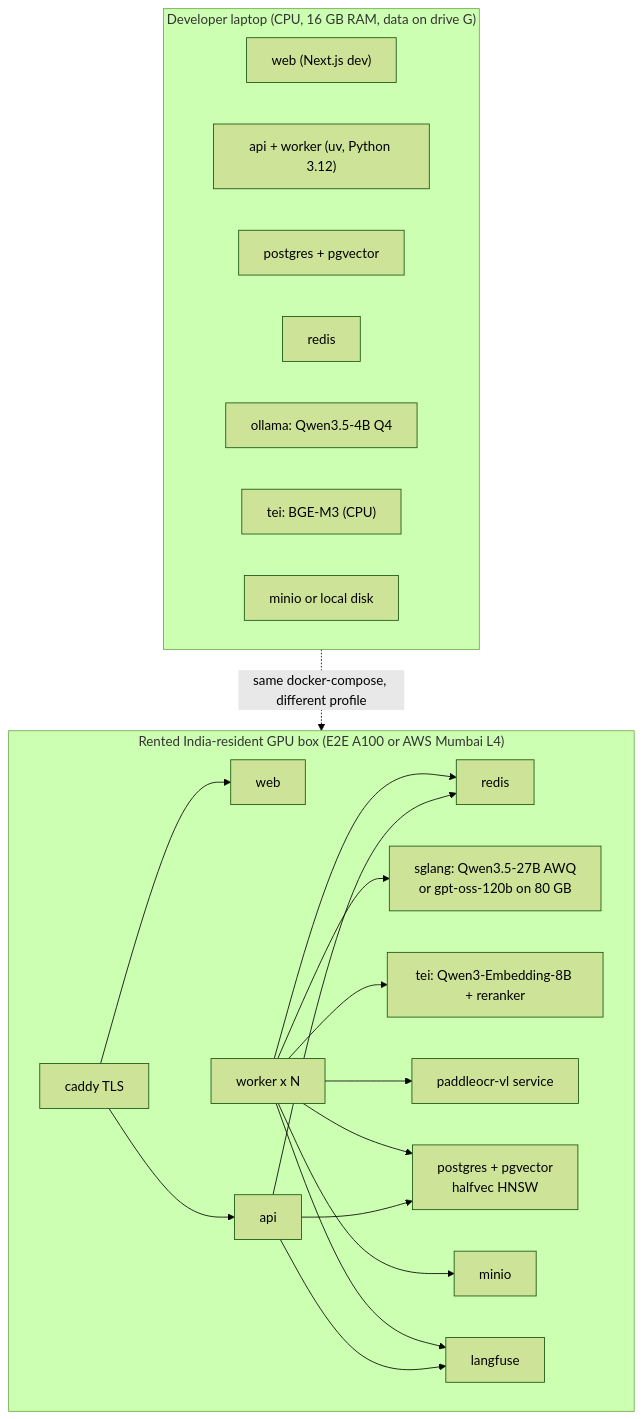
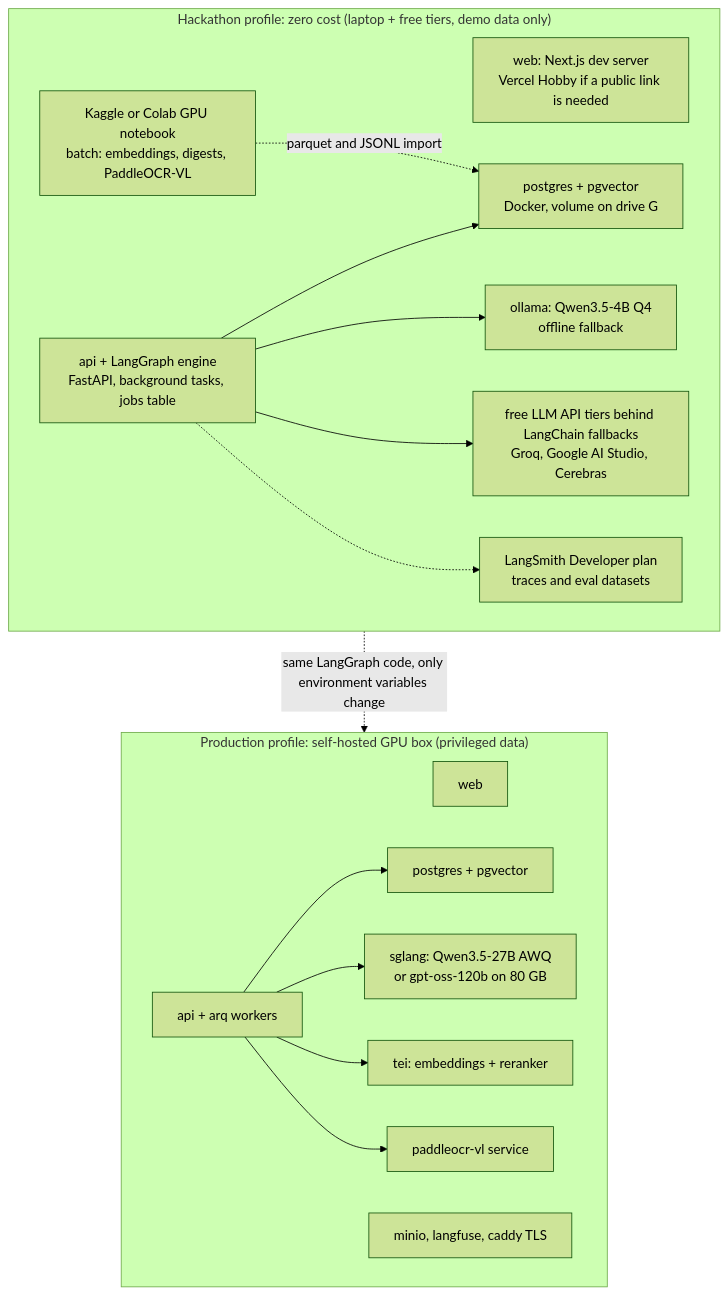
One commit to INSANE0777/order-order changed the ninth of 9 diagrams in docs/ARCHITECTURE.md. Above: the diagram before and after it, drawn with Mermaid (forest theme). The commit also changed other lines of this file and 4 other files, not shown here.

````diff
--- a/docs/ARCHITECTURE.md
+++ b/docs/ARCHITECTURE.md
@@ -679,38 +703,31 @@
 ```mermaid
 flowchart TB
-    subgraph dev["Developer laptop (CPU, 16 GB RAM, data on drive G)"]
-        d1["web (Next.js dev)"]
-        d2["api + worker (uv, Python 3.12)"]
-        d3["postgres + pgvector"]
-        d4["redis"]
-        d5["ollama: Qwen3.5-4B Q4"]
-        d6["tei: BGE-M3 (CPU)"]
-        d7["minio or local disk"]
+    subgraph free["Hackathon profile: zero cost (laptop + free tiers, demo data only)"]
+        f1["web: Next.js dev server<br/>Vercel Hobby if a public link is needed"]
+        f2["api + LangGraph engine<br/>FastAPI, background tasks, jobs table"]
+        f3["postgres + pgvector<br/>Docker, volume on drive G"]
+        f4["ollama: Qwen3.5-4B Q4<br/>offline fallback"]
+        f5["free LLM API tiers behind LangChain fallbacks<br/>Groq, Google AI Studio, Cerebras"]
+        f6["Kaggle or Colab GPU notebook<br/>batch: embeddings, digests, PaddleOCR-VL"]
+        f7["LangSmith Developer plan<br/>traces and eval datasets"]
     end
-    subgraph prod["Rented India-resident GPU box (E2E A100 or AWS Mumbai L4)"]
+    subgraph prod["Production profile: self-hosted GPU box (privileged data)"]
         p1["web"]
-        p2["api"]
-        p3["worker x N"]
-        p4["postgres + pgvector<br/>halfvec HNSW"]
-        p5["redis"]
-        p6["sglang: Qwen3.5-27B AWQ<br/>or gpt-oss-120b on 80 GB"]
-        p7["tei: Qwen3-Embedding-8B + reranker"]
-        p8["paddleocr-vl service"]
-        p9["minio"]
-        p10["langfuse"]
-        p11["caddy TLS"]
+        p2["api + arq workers"]
+        p3["postgres + pgvector"]
+        p4["sglang: Qwen3.5-27B AWQ<br/>or gpt-oss-120b on 80 GB"]
+        p5["tei: embeddings + reranker"]
+        p6["paddleocr-vl service"]
+        p7["minio, langfuse, caddy TLS"]
     end
-    dev -. "same docker-compose, different profile" .-> prod
-    p11 --> p1
-    p11 --> p2
+    free -. "same LangGraph code, only environment variables change" .-> prod
+    f2 --> f3
+    f2 --> f4
+    f2 --> f5
+    f2 -.-> f7
+    f6 -. "parquet and JSONL import" .-> f3
+    p2 --> p3
+    p2 --> p4
     p2 --> p5
-    p3 --> p5
-    p3 --> p6
-    p3 --> p7
-    p3 --> p8
-    p2 --> p4
-    p3 --> p4
-    p3 --> p9
-    p2 --> p10
-    p3 --> p10
+    p2 --> p6
 ```
````
